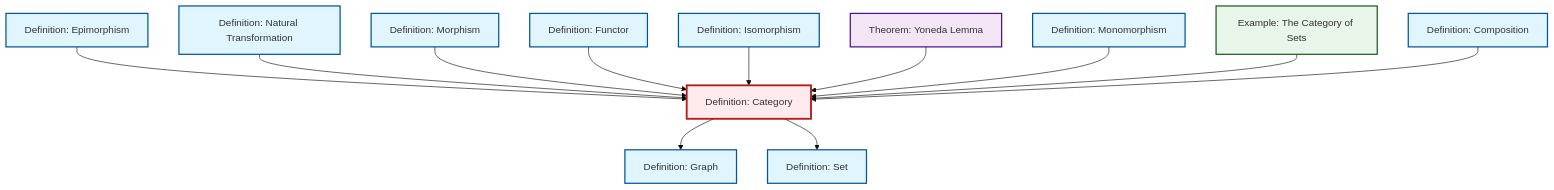
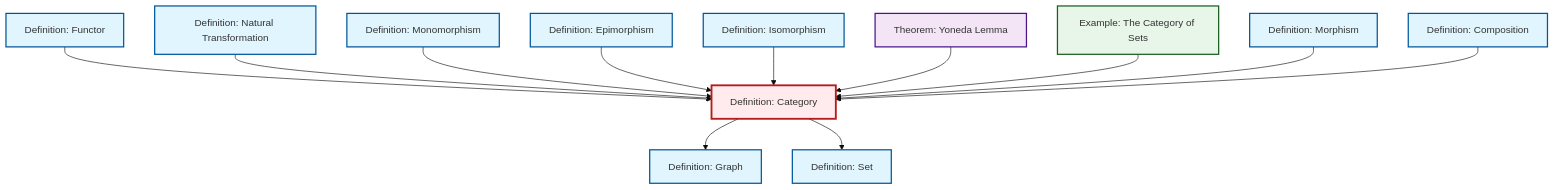
The diagram in content/en/category-theory/def-category.qmd (RK0429/ModernMath), drawn with Mermaid (base theme) before and after one commit. The commit also changed other lines of this file and 672 other files, not shown here.

````diff
--- a/content/en/category-theory/def-category.qmd
+++ b/content/en/category-theory/def-category.qmd
@@ -47,44 +47,44 @@
 ```{mermaid}
 %%| fig-cap: "Local dependency graph"
 graph TD
     classDef definition fill:#e1f5fe,stroke:#01579b,stroke-width:2px
     classDef theorem fill:#f3e5f5,stroke:#4a148c,stroke-width:2px
     classDef axiom fill:#fff3e0,stroke:#e65100,stroke-width:2px
     classDef example fill:#e8f5e9,stroke:#1b5e20,stroke-width:2px
     classDef current fill:#ffebee,stroke:#b71c1c,stroke-width:3px
+    def-set["Definition: Set"]:::definition
+    ex-set-category["Example: The Category of Sets"]:::example
+    def-natural-transformation["Definition: Natural Transformation"]:::definition
+    def-morphism["Definition: Morphism"]:::definition
+    def-isomorphism["Definition: Isomorphism"]:::definition
     thm-yoneda["Theorem: Yoneda Lemma"]:::theorem
-    def-natural-transformation["Definition: Natural Transformation"]:::definition
-    def-isomorphism["Definition: Isomorphism"]:::definition
-    def-set["Definition: Set"]:::definition
+    def-epimorphism["Definition: Epimorphism"]:::definition
     def-composition["Definition: Composition"]:::definition
     def-category["Definition: Category"]:::definition
+    def-functor["Definition: Functor"]:::definition
+    def-monomorphism["Definition: Monomorphism"]:::definition
     def-graph["Definition: Graph"]:::definition
-    def-monomorphism["Definition: Monomorphism"]:::definition
-    def-functor["Definition: Functor"]:::definition
-    def-morphism["Definition: Morphism"]:::definition
-    ex-set-category["Example: The Category of Sets"]:::example
-    def-epimorphism["Definition: Epimorphism"]:::definition
+    def-functor --> def-category
+    def-natural-transformation --> def-category
+    def-monomorphism --> def-category
+    def-category --> def-graph
     def-epimorphism --> def-category
-    def-natural-transformation --> def-category
-    def-category --> def-graph
+    def-isomorphism --> def-category
     def-category --> def-set
+    thm-yoneda --> def-category
+    ex-set-category --> def-category
     def-morphism --> def-category
-    def-functor --> def-category
-    def-isomorphism --> def-category
-    thm-yoneda --> def-category
-    def-monomorphism --> def-category
-    ex-set-category --> def-category
     def-composition --> def-category
     class def-category current
+    click def-set "def-set.html" "Go to Set definition"
+    click ex-set-category "ex-set-category.html" "Go to The Category of Sets example"
+    click def-natural-transformation "def-natural-transformation.html" "Go to Natural Transformation definition"
+    click def-morphism "def-morphism.html" "Go to Morphism definition"
+    click def-isomorphism "def-isomorphism.html" "Go to Isomorphism definition"
     click thm-yoneda "thm-yoneda.html" "Go to Yoneda Lemma theorem"
-    click def-natural-transformation "def-natural-transformation.html" "Go to Natural Transformation definition"
-    click def-isomorphism "def-isomorphism.html" "Go to Isomorphism definition"
-    click def-set "def-set.html" "Go to Set definition"
+    click def-epimorphism "def-epimorphism.html" "Go to Epimorphism definition"
     click def-composition "def-composition.html" "Go to Composition definition"
+    click def-functor "def-functor.html" "Go to Functor definition"
+    click def-monomorphism "def-monomorphism.html" "Go to Monomorphism definition"
     click def-graph "def-graph.html" "Go to Graph definition"
-    click def-monomorphism "def-monomorphism.html" "Go to Monomorphism definition"
-    click def-functor "def-functor.html" "Go to Functor definition"
-    click def-morphism "def-morphism.html" "Go to Morphism definition"
-    click ex-set-category "ex-set-category.html" "Go to The Category of Sets example"
-    click def-epimorphism "def-epimorphism.html" "Go to Epimorphism definition"
 ```
````
